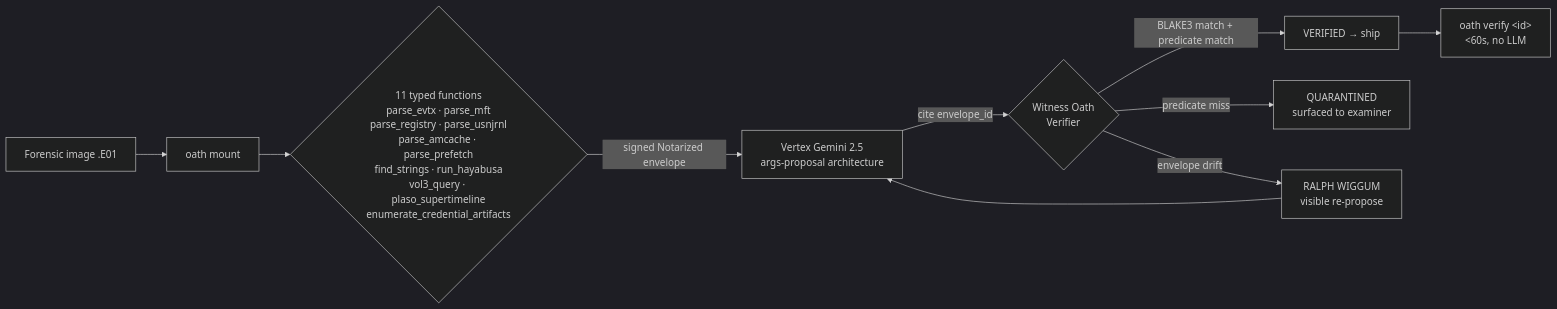
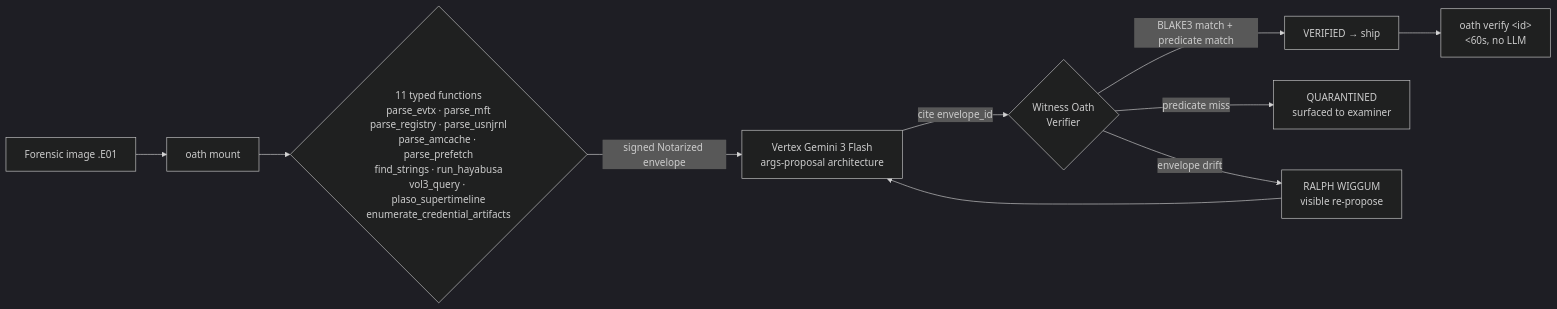
One commit to GharsallahDev/oath-mcp changed the diagram in README.md. Above: the diagram before and after it, drawn with Mermaid (dark theme). The commit also changed other lines of this file and 36 other files, not shown here.

````diff
--- a/README.md
+++ b/README.md
@@ -31,12 +31,12 @@
 ```mermaid
 flowchart LR
     IMG[Forensic image .E01] --> MOUNT[oath mount]
     MOUNT --> MCP{11 typed functions<br/>parse_evtx · parse_mft<br/>parse_registry · parse_usnjrnl<br/>parse_amcache · parse_prefetch<br/>find_strings · run_hayabusa<br/>vol3_query · plaso_supertimeline<br/>enumerate_credential_artifacts}
-    MCP -->|signed Notarized envelope| AGENT[Vertex Gemini 2.5<br/>args-proposal architecture]
+    MCP -->|signed Notarized envelope| AGENT[Vertex Gemini 3 Flash<br/>args-proposal architecture]
     AGENT -->|cite envelope_id| VERIFIER{Witness Oath<br/>Verifier}
     VERIFIER -->|BLAKE3 match + predicate match| SHIP[VERIFIED → ship]
     VERIFIER -->|predicate miss| QUAR[QUARANTINED<br/>surfaced to examiner]
     VERIFIER -->|envelope drift| RALPH[RALPH WIGGUM<br/>visible re-propose]
     RALPH --> AGENT
     SHIP --> RECEIPT[oath verify &lt;id&gt;<br/>&lt;60s, no LLM]
 ```
````
